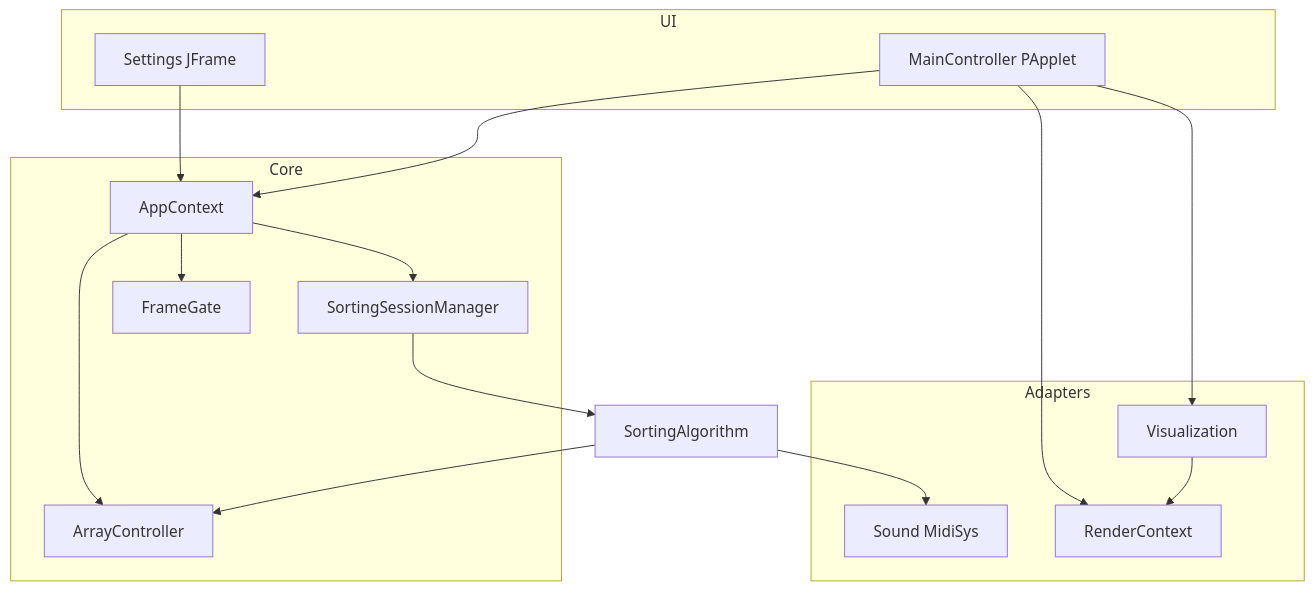
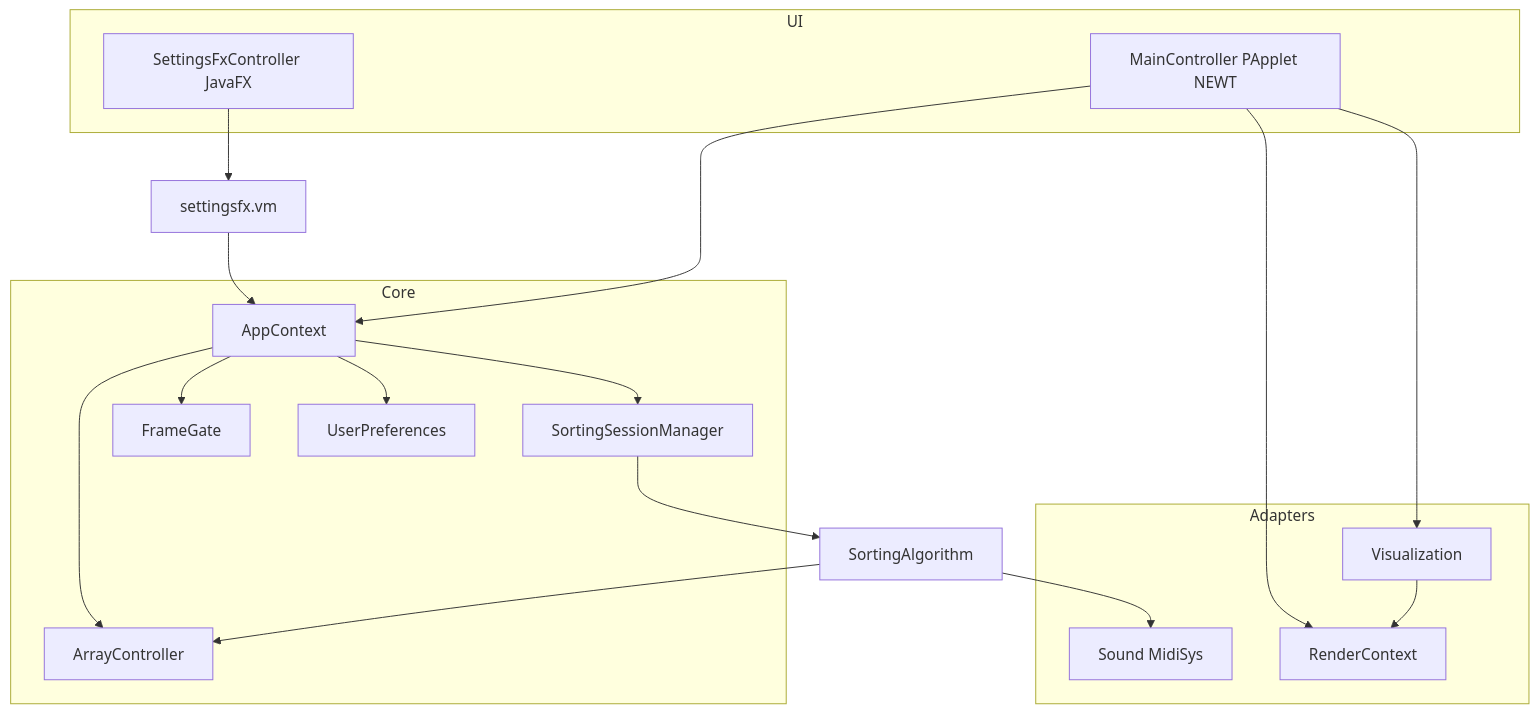
The diagram in docs/architecture.md (66-m/sorting-visualizer), drawn with Mermaid before and after one commit. The commit also changed other lines of this file and 72 other files, not shown here.

First line of the commit message:
feat: replace Swing Settings with JavaFX one-pager

````diff
--- a/docs/architecture.md
+++ b/docs/architecture.md
@@ -32,29 +38,32 @@
 ```mermaid
 flowchart TB
   subgraph ui [UI]
-    Settings[Settings JFrame]
-    Main[MainController PApplet]
+    SettingsFx[SettingsFxController JavaFX]
+    Main[MainController PApplet NEWT]
   end
   subgraph core [Core]
     App[AppContext]
     Array[ArrayController]
     Session[SortingSessionManager]
     Gate[FrameGate]
+    Prefs[UserPreferences]
   end
   subgraph ports [Adapters]
     Viz[Visualization]
     Snd[Sound MidiSys]
     Render[RenderContext]
   end
-  Settings --> App
+  SettingsFx --> VMs[settingsfx.vm]
+  VMs --> App
   Main --> App
   App --> Array
   App --> Session
   App --> Gate
+  App --> Prefs
   Session --> Algs[SortingAlgorithm]
   Algs --> Array
   Main --> Viz
   Main --> Render
   Viz --> Render
   Algs --> Snd
 ```
````
